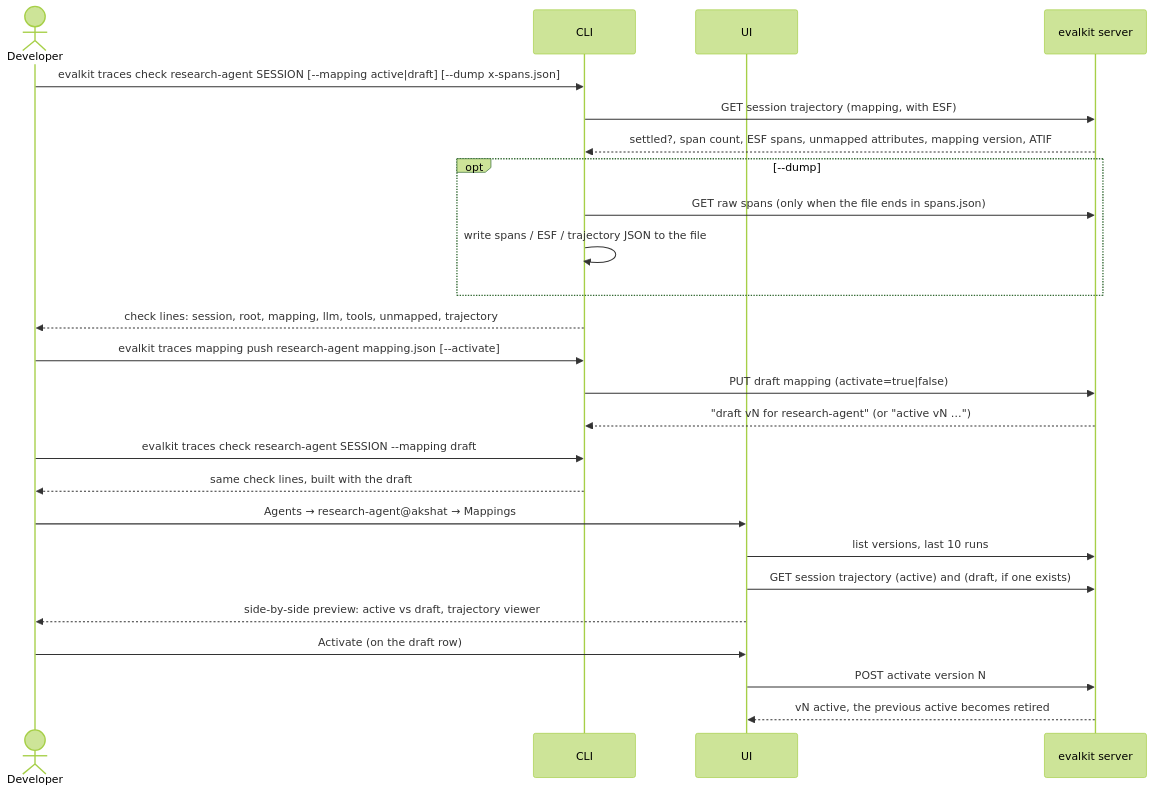
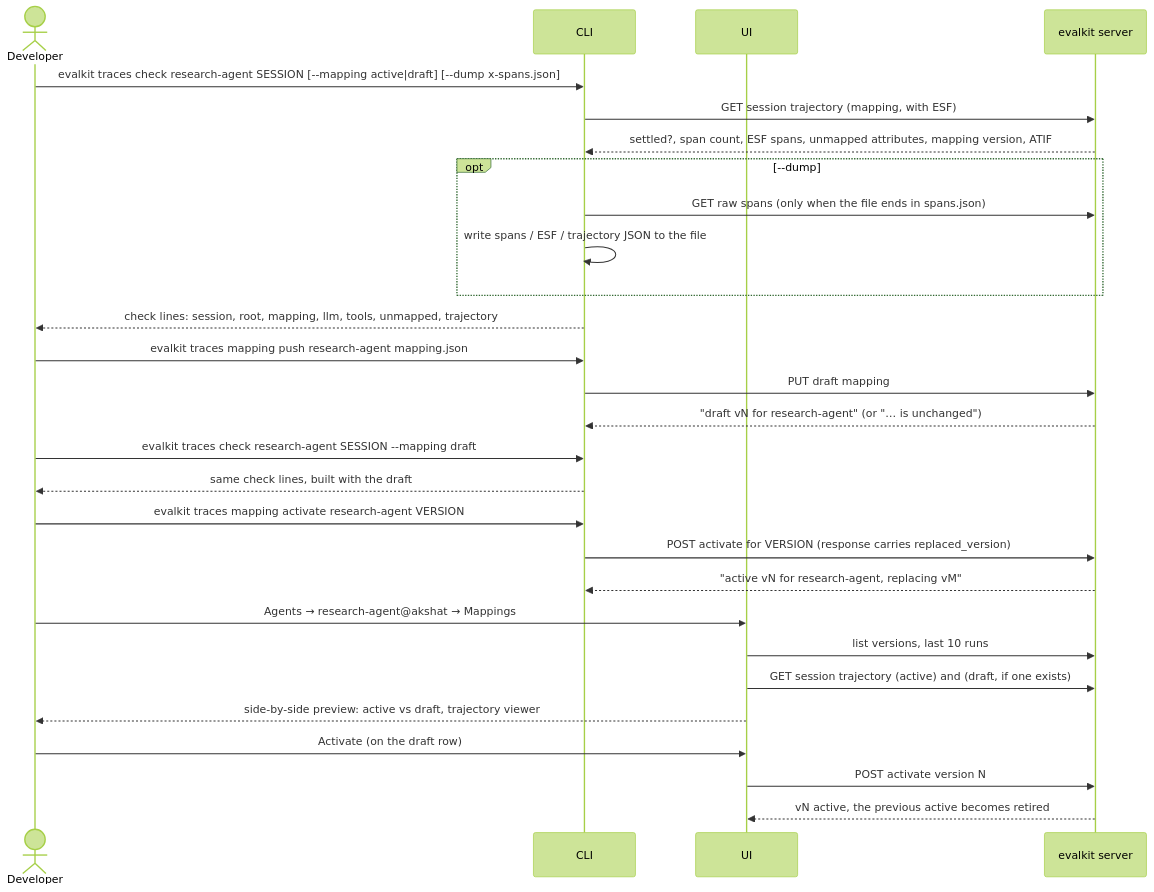
One commit to inferedge-ai/evalkit changed the diagram in docs/flows/13-trace-mappings-and-checks.md. Above: the diagram before and after it, drawn with Mermaid (forest theme). The commit also changed other lines of this file and 12 other files, not shown here.

First line of the commit message:
Add evalkit traces mapping activate; remove push --activate (ENG-14488) (#56)

````diff
--- a/docs/flows/13-trace-mappings-and-checks.md
+++ b/docs/flows/13-trace-mappings-and-checks.md
@@ -20,30 +20,33 @@
 ```mermaid
 sequenceDiagram
   actor Dev as Developer
   participant CLI
   participant UI
   participant S as evalkit server
 
   Dev->>CLI: evalkit traces check research-agent SESSION [--mapping active|draft] [--dump x-spans.json]
   CLI->>S: GET session trajectory (mapping, with ESF)
   S-->>CLI: settled?, span count, ESF spans, unmapped attributes, mapping version, ATIF
   opt --dump
     CLI->>S: GET raw spans (only when the file ends in spans.json)
     CLI->>CLI: write spans / ESF / trajectory JSON to the file
   end
   CLI-->>Dev: check lines: session, root, mapping, llm, tools, unmapped, trajectory
 
-  Dev->>CLI: evalkit traces mapping push research-agent mapping.json [--activate]
-  CLI->>S: PUT draft mapping (activate=true|false)
-  S-->>CLI: "draft vN for research-agent" (or "active vN …")
+  Dev->>CLI: evalkit traces mapping push research-agent mapping.json
+  CLI->>S: PUT draft mapping
+  S-->>CLI: "draft vN for research-agent" (or "… is unchanged")
   Dev->>CLI: evalkit traces check research-agent SESSION --mapping draft
   CLI-->>Dev: same check lines, built with the draft
+  Dev->>CLI: evalkit traces mapping activate research-agent VERSION
+  CLI->>S: POST activate for VERSION (response carries replaced_version)
+  S-->>CLI: "active vN for research-agent, replacing vM"
 
   Dev->>UI: Agents → research-agent@akshat → Mappings
   UI->>S: list versions, last 10 runs
   UI->>S: GET session trajectory (active) and (draft, if one exists)
   UI-->>Dev: side-by-side preview: active vs draft, trajectory viewer
   Dev->>UI: Activate (on the draft row)
   UI->>S: POST activate version N
   S-->>UI: vN active, the previous active becomes retired
 ```
````
